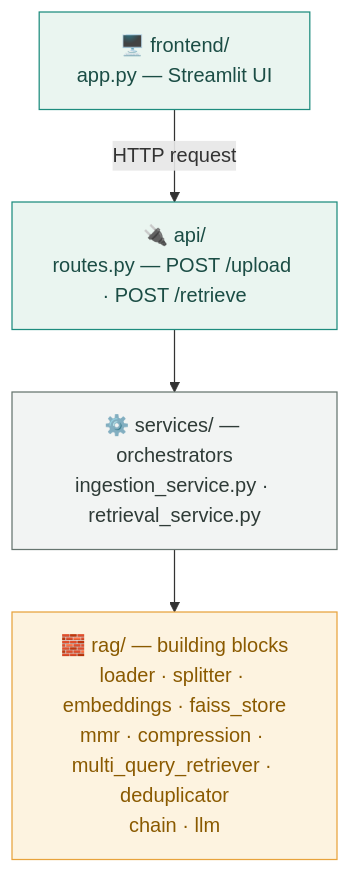
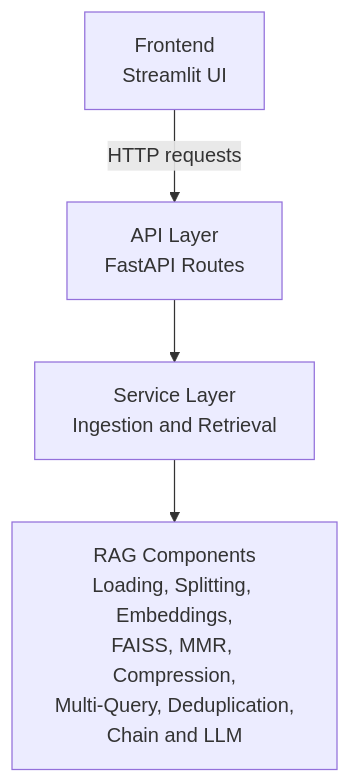
One commit to venkatarachanta-create/Multi-Doc-Assist changed the first of 4 diagrams in README.md. Above: the diagram before and after it, drawn with Mermaid. The commit also changed other lines of this file, not shown here.

Commit message:
Readme updated: RAG Multi-Document Assistant

````diff
--- a/README.md
+++ b/README.md
@@ -28,14 +114,11 @@
 ```mermaid
 flowchart TD
-    A["🖥️ frontend/<br/>app.py — Streamlit UI"]
-    B["🔌 api/<br/>routes.py — POST /upload · POST /retrieve"]
-    C["⚙️ services/ — orchestrators<br/>ingestion_service.py · retrieval_service.py"]
-    D["🧱 rag/ — building blocks<br/>loader · splitter · embeddings · faiss_store<br/>mmr · compression · multi_query_retriever · deduplicator<br/>chain · llm"]
+    A["Frontend<br/>Streamlit UI"]
+    B["API Layer<br/>FastAPI Routes"]
+    C["Service Layer<br/>Ingestion and Retrieval"]
+    D["RAG Components<br/>Loading, Splitting, Embeddings,<br/>FAISS, MMR, Compression,<br/>Multi-Query, Deduplication,<br/>Chain and LLM"]
 
-    A -->|HTTP request| B --> C --> D
-
-    style A fill:#EAF5F0,stroke:#1E8C7E,color:#1B4D45
-    style B fill:#EAF5F0,stroke:#1E8C7E,color:#1B4D45
-    style C fill:#F2F4F3,stroke:#66756F,color:#2F3B37
-    style D fill:#FDF3E0,stroke:#E8A33D,color:#8A5A00
+    A -->|"HTTP requests"| B
+    B --> C
+    C --> D
 ```
````
